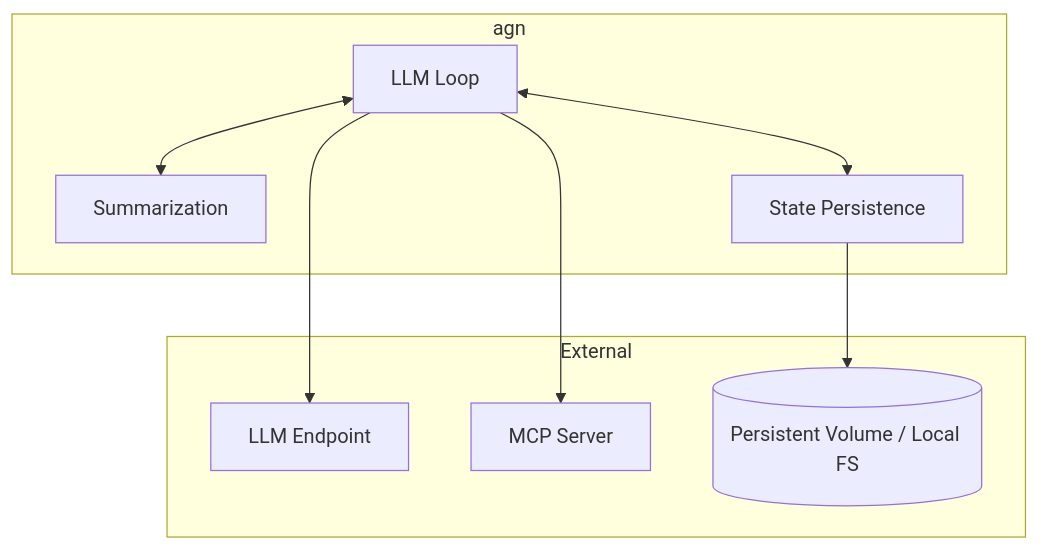
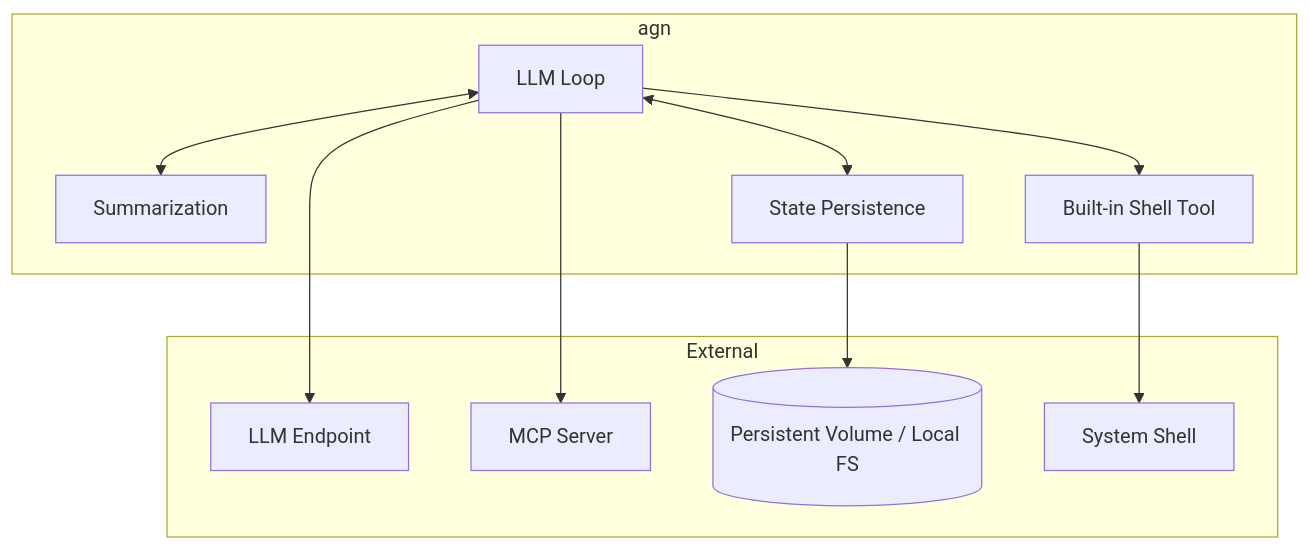
The first of 2 diagrams in architecture/agn-cli.md (agynio/architecture), drawn with Mermaid before and after one commit. The commit also changed other lines of this file, not shown here.

Commit message:
Add shell tool to agn

````diff
--- a/architecture/agn-cli.md
+++ b/architecture/agn-cli.md
@@ -73,20 +73,24 @@
 ```mermaid
 graph TB
     subgraph "agn"
         LLMLoop[LLM Loop]
         Summarization[Summarization]
         Persistence[State Persistence]
+        ShellTool[Built-in Shell Tool]
     end
 
     subgraph External
         LLM[LLM Endpoint]
         MCP[MCP Server]
         Disk[(Persistent Volume / Local FS)]
+        Shell[System Shell]
     end
 
     LLMLoop --> LLM
     LLMLoop --> MCP
+    LLMLoop --> ShellTool
     LLMLoop <--> Summarization
     LLMLoop <--> Persistence
     Persistence --> Disk
+    ShellTool --> Shell
 ```
````
